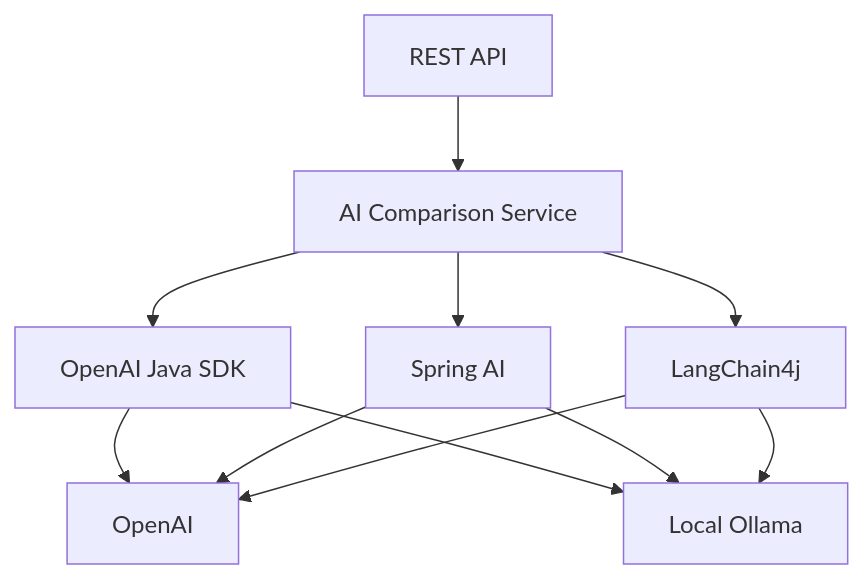
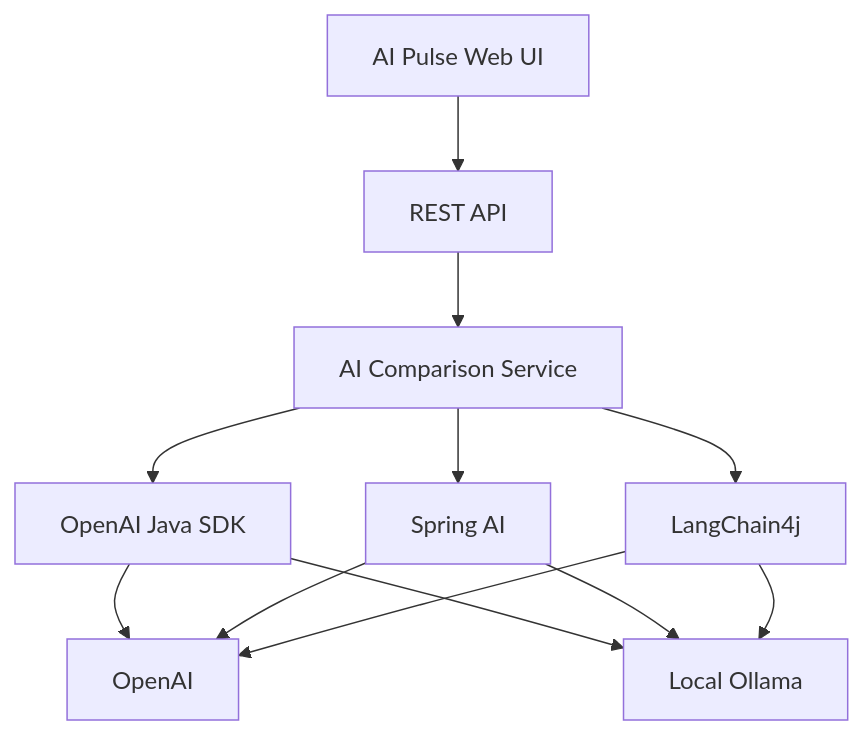
One commit to thakurgaurav/java-ai-integration-comparison changed the diagram in README.md. Above: the diagram before and after it, drawn with Mermaid.

Commit message:
Show web UI in architecture diagram

````diff
--- a/README.md
+++ b/README.md
@@ -30,17 +30,18 @@
 ```mermaid
 flowchart TD
-    Controller["REST API"] --> Service["AI Comparison Service"]
+    WebUI["AI Pulse Web UI"] --> Controller["REST API"]
+    Controller --> Service["AI Comparison Service"]
 
     Service --> SDK["OpenAI Java SDK"]
     Service --> SpringAI["Spring AI"]
     Service --> LangChain["LangChain4j"]
 
     SDK --> OpenAI["OpenAI"]
     SDK --> Ollama["Local Ollama"]
 
     SpringAI --> OpenAI
     SpringAI --> Ollama
 
     LangChain --> OpenAI
     LangChain --> Ollama
 ```
````
